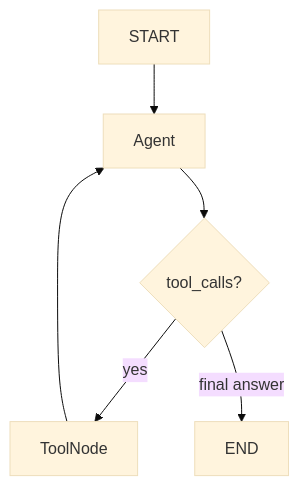
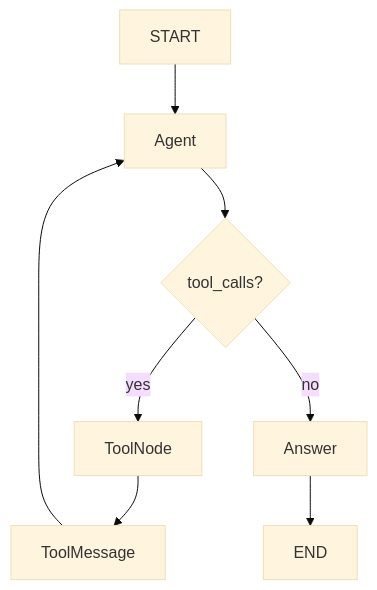
The second of 3 diagrams in README.md (sunsxxxx/AskMyProfile), drawn with Mermaid (base theme) before and after one commit. The commit also changed other lines of this file and 5 other files, not shown here.

````diff
--- a/README.md
+++ b/README.md
@@ -44,8 +51,10 @@
 ```mermaid
 flowchart TD
     START --> Agent
     Agent --> Decision{tool_calls?}
     Decision -->|yes| Tools[ToolNode]
-    Tools --> Agent
-    Decision -->|final answer| END
+    Tools --> ToolMessage
+    ToolMessage --> Agent
+    Decision -->|no| Answer
+    Answer --> END
 ```
````
